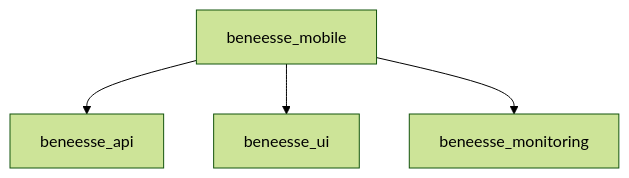
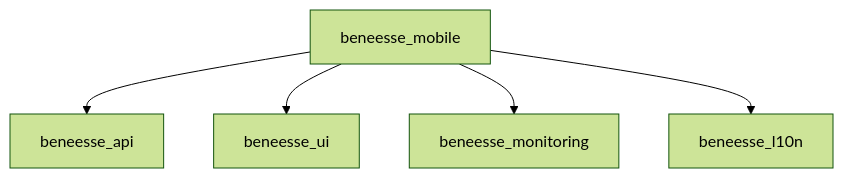
The diagram in docs/principles/architecture.md (lerpof/ermeo), drawn with Mermaid (forest theme) before and after one commit. The commit also changed other lines of this file and 23 other files, not shown here.

````diff
--- a/docs/principles/architecture.md
+++ b/docs/principles/architecture.md
@@ -31,10 +32,12 @@
 ```mermaid
 flowchart TB
   Mobile[beneesse_mobile]
   API[beneesse_api]
   UI[beneesse_ui]
   Mon[beneesse_monitoring]
+  L10n[beneesse_l10n]
   Mobile --> API
   Mobile --> UI
   Mobile --> Mon
+  Mobile --> L10n
 ```
````
